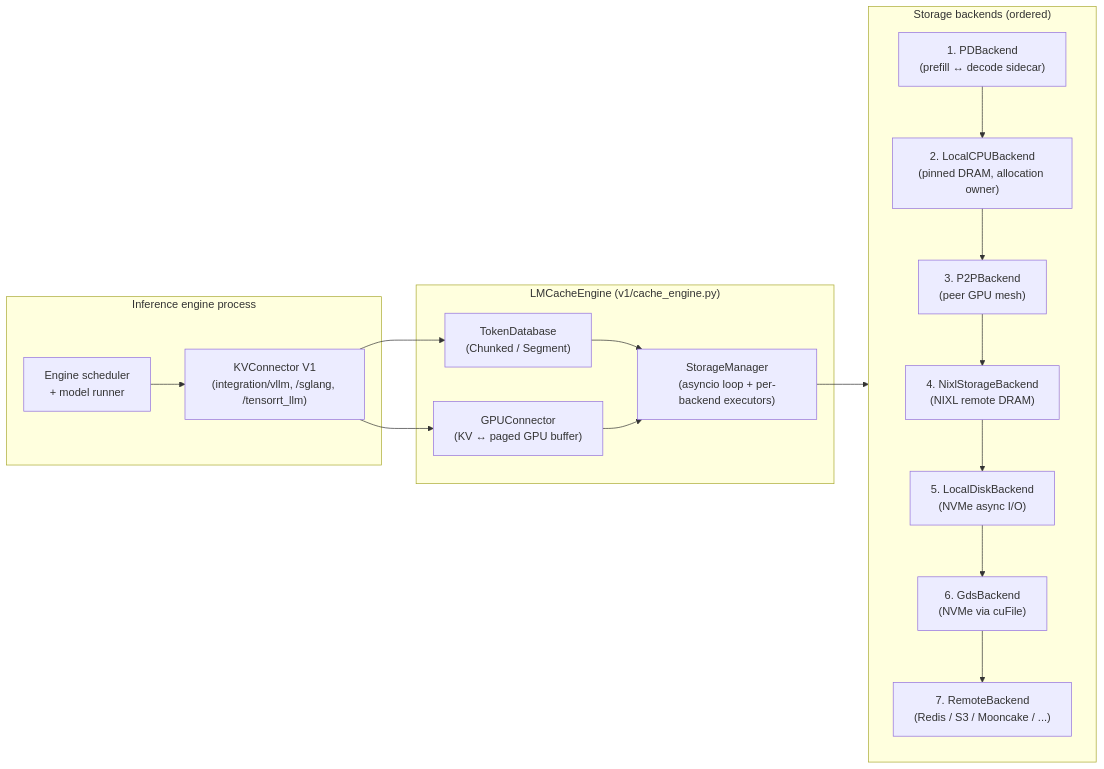
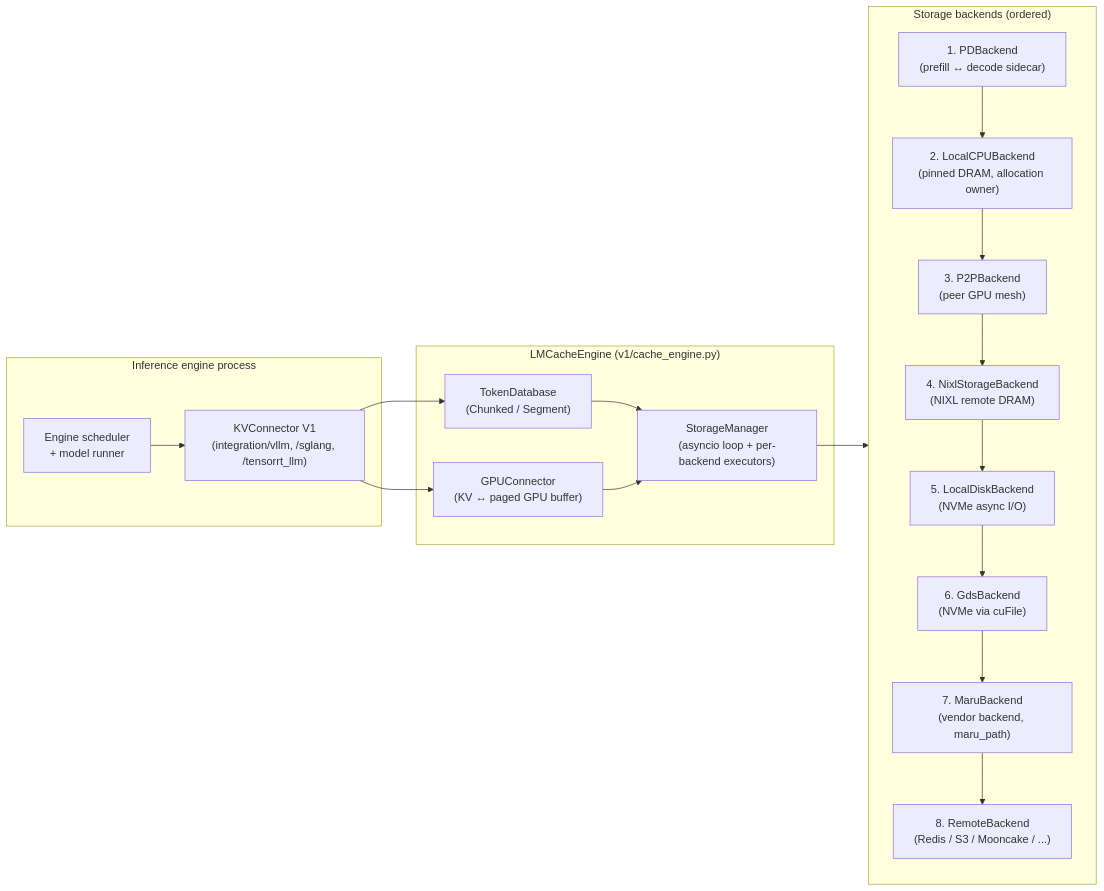
One commit to PoyenAndyChen/llm-inference-systems changed the diagram in 80-oss-deep-dives/04-lmcache.md. Above: the diagram before and after it, drawn with Mermaid. The commit also changed other lines of this file and 14 other files, not shown here.

````diff
--- a/80-oss-deep-dives/04-lmcache.md
+++ b/80-oss-deep-dives/04-lmcache.md
@@ -35,31 +35,32 @@
 ```mermaid
 flowchart LR
     subgraph EngineProc["Inference engine process"]
       Engine["Engine scheduler\n+ model runner"]
       Conn["KVConnector V1\n(integration/vllm, /sglang, /tensorrt_llm)"]
       Engine --> Conn
     end
 
     subgraph LMC["LMCacheEngine (v1/cache_engine.py)"]
       TDB["TokenDatabase\n(Chunked / Segment)"]
       GPUC["GPUConnector\n(KV ↔ paged GPU buffer)"]
       SMgr["StorageManager\n(asyncio loop + per-backend executors)"]
       Conn --> TDB
       Conn --> GPUC
       TDB --> SMgr
       GPUC --> SMgr
     end
 
     subgraph Backends["Storage backends (ordered)"]
       direction TB
       B1["1. PDBackend\n(prefill ↔ decode sidecar)"]
       B2["2. LocalCPUBackend\n(pinned DRAM, allocation owner)"]
       B3["3. P2PBackend\n(peer GPU mesh)"]
       B4["4. NixlStorageBackend\n(NIXL remote DRAM)"]
       B5["5. LocalDiskBackend\n(NVMe async I/O)"]
       B6["6. GdsBackend\n(NVMe via cuFile)"]
-      B7["7. RemoteBackend\n(Redis / S3 / Mooncake / ...)"]
+      B7["7. MaruBackend\n(vendor backend, maru_path)"]
+      B8["8. RemoteBackend\n(Redis / S3 / Mooncake / ...)"]
     end
 
-    SMgr --> B1 --> B2 --> B3 --> B4 --> B5 --> B6 --> B7
+    SMgr --> B1 --> B2 --> B3 --> B4 --> B5 --> B6 --> B7 --> B8
 ```
````
